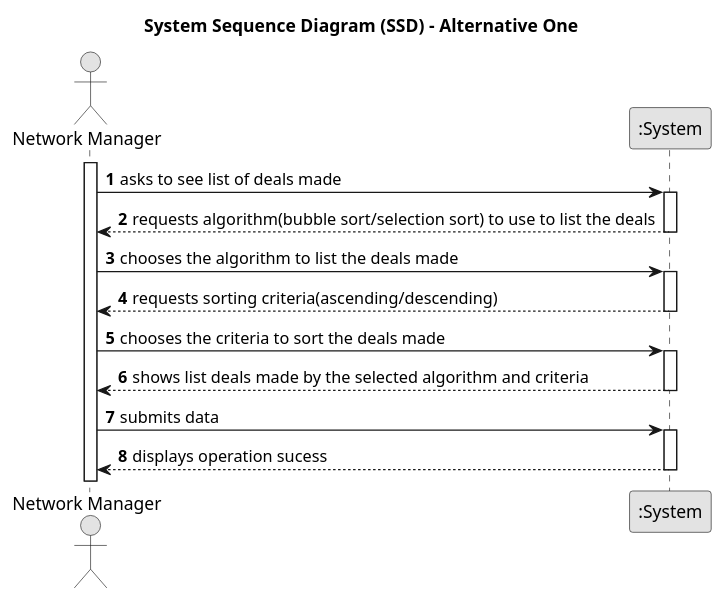
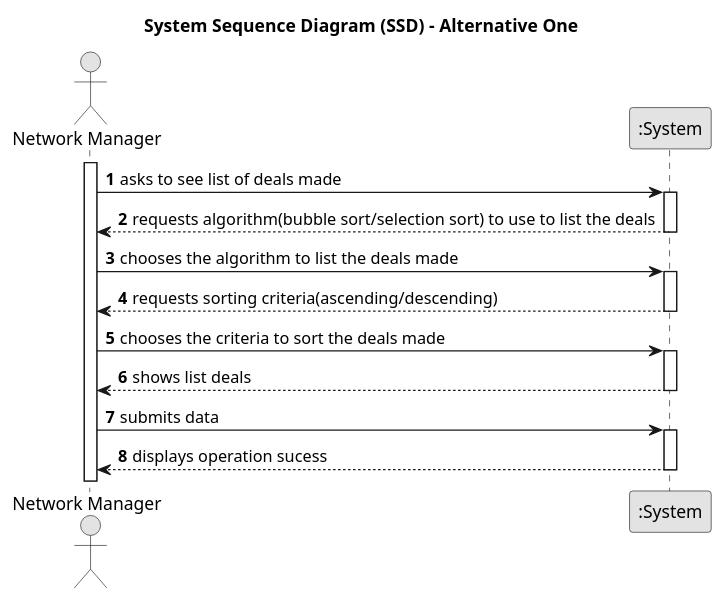
One commit to PureNimble/ISEP-LAPR2 changed the diagram in docs/sprintD/US017/01.requirements-engineering/puml/us17-system-sequence-diagram.puml. Above: the diagram before and after it, drawn with PlantUML. The commit also changed 24 other files, not shown here.

```diff
--- a/docs/sprintD/US017/01.requirements-engineering/puml/us17-system-sequence-diagram.puml
+++ b/docs/sprintD/US017/01.requirements-engineering/puml/us17-system-sequence-diagram.puml
@@ -1,42 +1,42 @@
 @startuml
 skinparam monochrome true
 skinparam packageStyle rectangle
 skinparam shadowing false
 
 title System Sequence Diagram (SSD) - Alternative One
 
 autonumber
 
 actor "Network Manager" as NetworkManager
 participant ":System" as System
 
 activate NetworkManager
 
     NetworkManager -> System : asks to see list of deals made
     activate System
 
         System --> NetworkManager : requests algorithm(bubble sort/selection sort) to use to list the deals
     deactivate System
 
     NetworkManager -> System : chooses the algorithm to list the deals made
         activate System
 
          System --> NetworkManager : requests sorting criteria(ascending/descending)
         deactivate System
 
         NetworkManager -> System : chooses the criteria to sort the deals made
                 activate System
 
-           System --> NetworkManager : shows list deals made by the selected algorithm and criteria
+           System --> NetworkManager : shows list deals
        deactivate System
 
 
    NetworkManager -> System : submits data
    activate System
 
    System --> NetworkManager : displays operation sucess
    deactivate System
 
 
 
 @enduml
```
